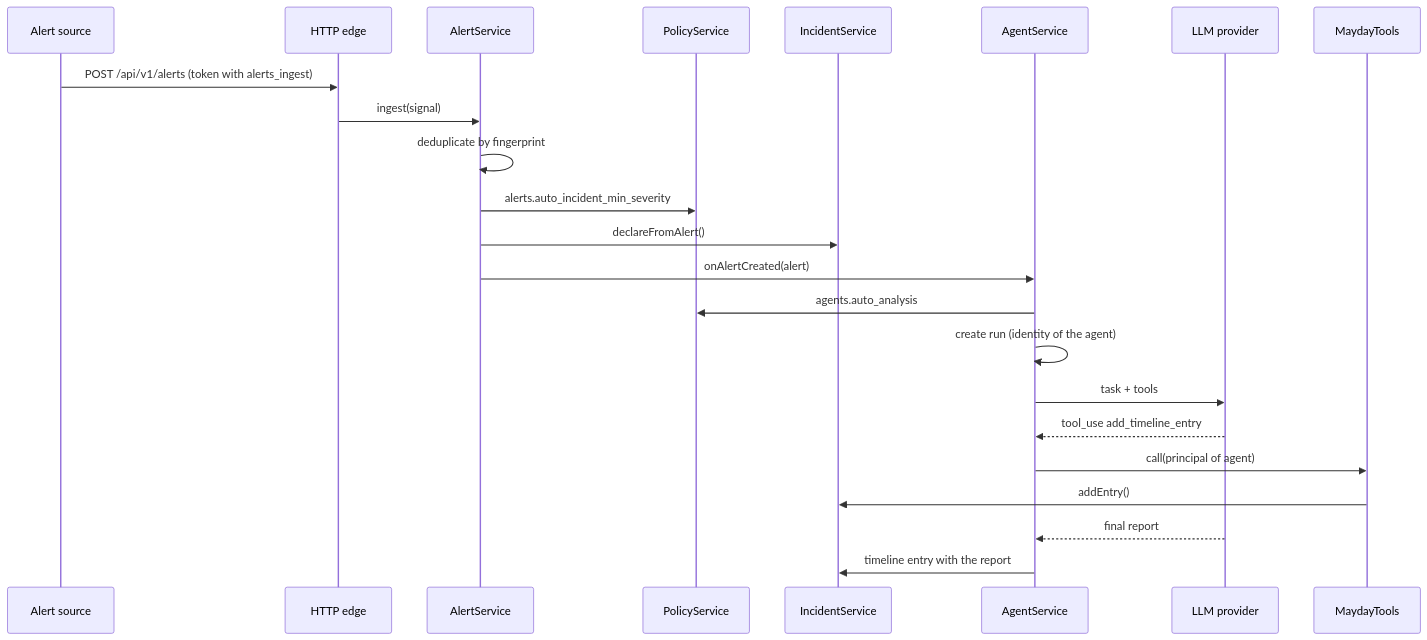
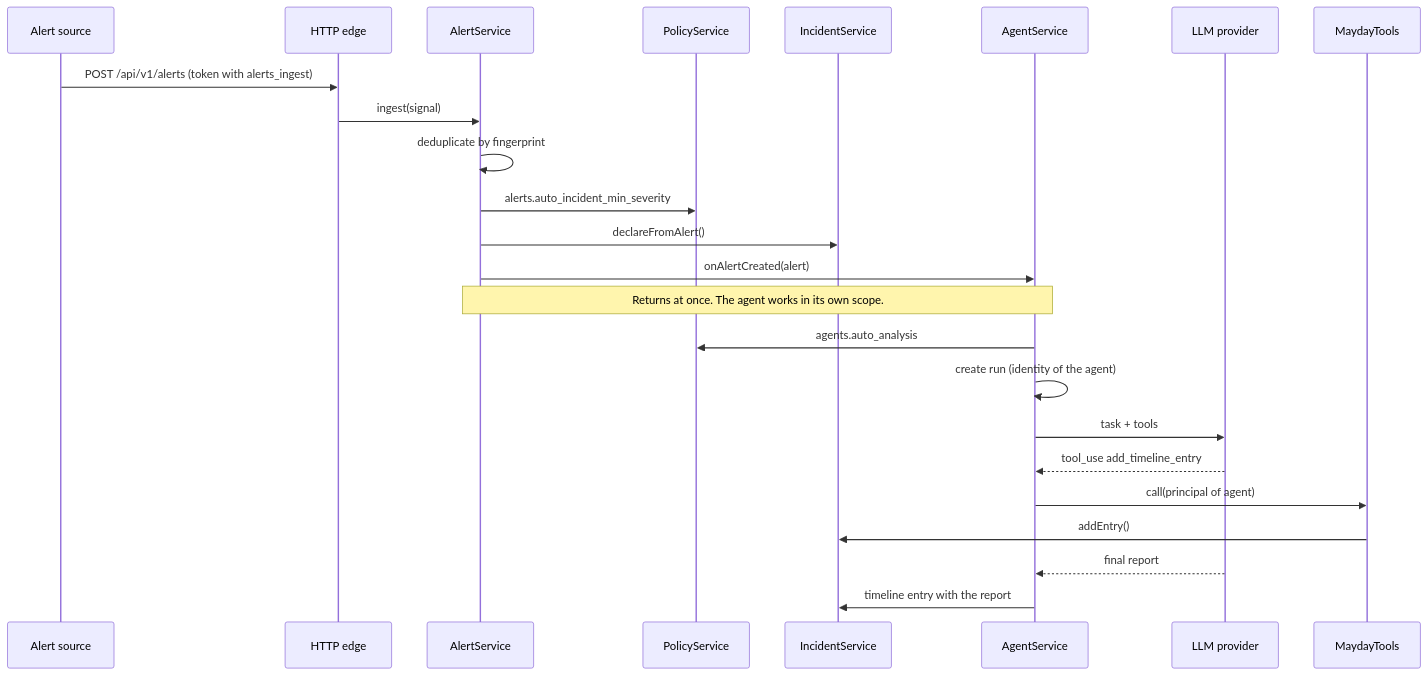
Before and after one commit to gigabrain-ideas/mayday: the third of 4 diagrams in docs/architecture.md, drawn with Mermaid. The commit also changed other lines of this file and 72 other files, not shown here.

````diff
--- a/docs/architecture.md
+++ b/docs/architecture.md
@@ -122,25 +126,26 @@
 ```mermaid
 sequenceDiagram
   participant Src as Alert source
   participant API as HTTP edge
   participant AL as AlertService
   participant POL as PolicyService
   participant INC as IncidentService
   participant AG as AgentService
   participant LLM as LLM provider
   participant T as MaydayTools
   Src->>API: POST /api/v1/alerts (token with alerts_ingest)
   API->>AL: ingest(signal)
   AL->>AL: deduplicate by fingerprint
   AL->>POL: alerts.auto_incident_min_severity
   AL->>INC: declareFromAlert()
   AL->>AG: onAlertCreated(alert)
+  Note over AL,AG: Returns at once. The agent works in its own scope.
   AG->>POL: agents.auto_analysis
   AG->>AG: create run (identity of the agent)
   AG->>LLM: task + tools
   LLM-->>AG: tool_use add_timeline_entry
   AG->>T: call(principal of agent)
   T->>INC: addEntry()
   LLM-->>AG: final report
   AG->>INC: timeline entry with the report
 ```
````
